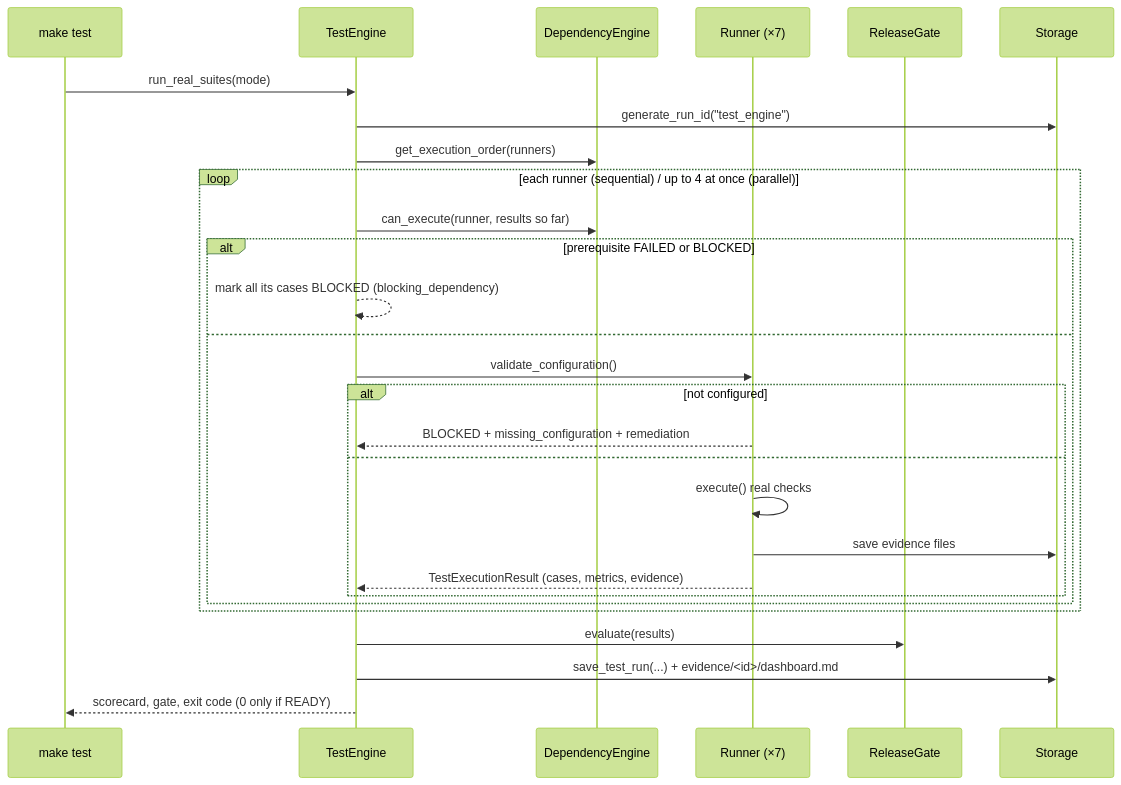
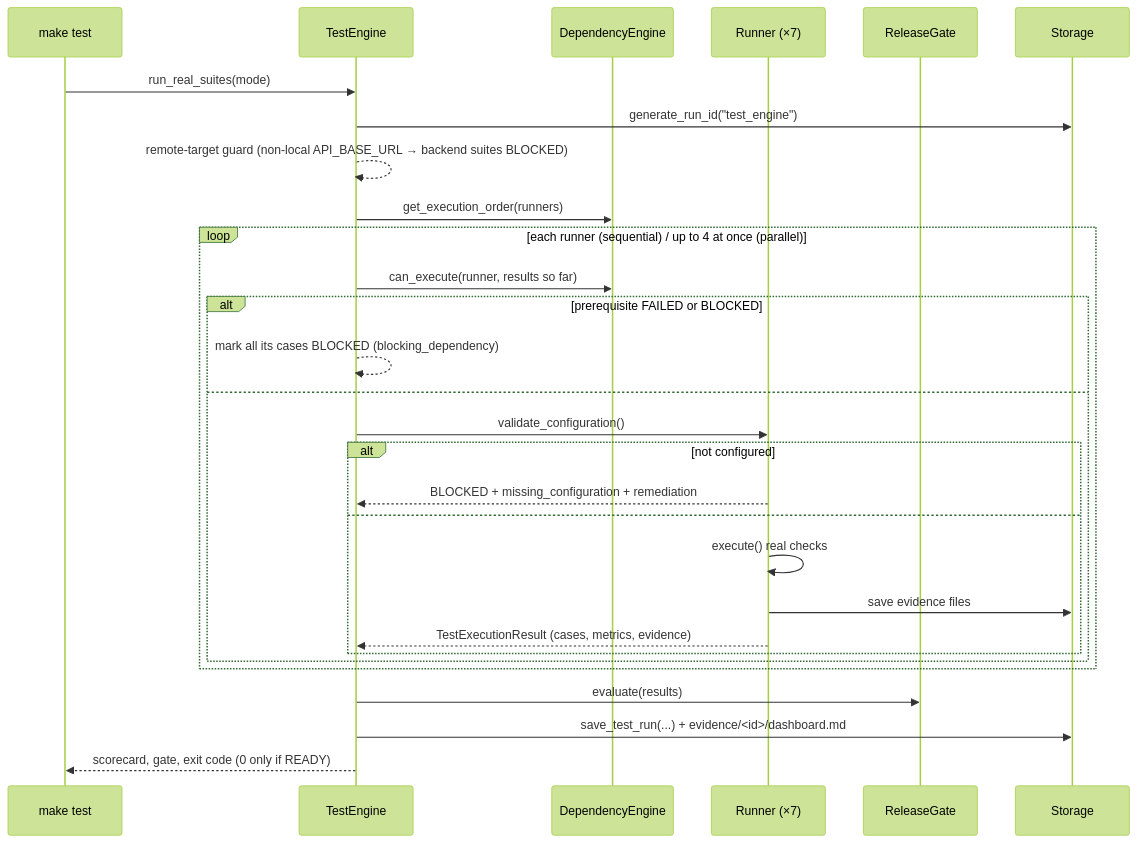
Before and after one commit to vonseyha/automation-testing: the second of 3 diagrams in docs/ARCHITECTURE.md, drawn with Mermaid (forest theme). The commit also changed other lines of this file and 15 other files, not shown here.

First line of the commit message:
Refuse non-local test targets unless ALLOW_REMOTE_TARGET=1

````diff
--- a/docs/ARCHITECTURE.md
+++ b/docs/ARCHITECTURE.md
@@ -57,30 +58,31 @@
 ```mermaid
 sequenceDiagram
   participant U as make test
   participant E as TestEngine
   participant D as DependencyEngine
   participant R as Runner (×7)
   participant G as ReleaseGate
   participant S as Storage
   U->>E: run_real_suites(mode)
   E->>S: generate_run_id("test_engine")
+  E-->>E: remote-target guard (non-local API_BASE_URL → backend suites BLOCKED)
   E->>D: get_execution_order(runners)
   loop each runner (sequential) / up to 4 at once (parallel)
     E->>D: can_execute(runner, results so far)
     alt prerequisite FAILED or BLOCKED
       E-->>E: mark all its cases BLOCKED (blocking_dependency)
     else
       E->>R: validate_configuration()
       alt not configured
         R-->>E: BLOCKED + missing_configuration + remediation
       else
         R->>R: execute() real checks
         R->>S: save evidence files
         R-->>E: TestExecutionResult (cases, metrics, evidence)
       end
     end
   end
   E->>G: evaluate(results)
   E->>S: save_test_run(...) + evidence/<id>/dashboard.md
   E-->>U: scorecard, gate, exit code (0 only if READY)
 ```
````
